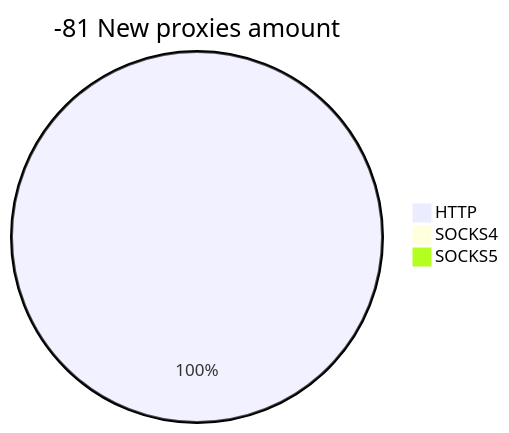
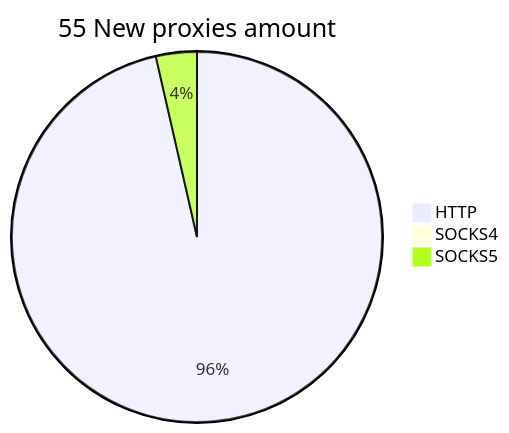
One commit to cutipu/proxylist changed the second of 2 diagrams in README.md. Above: the diagram before and after it, drawn with Mermaid. The commit also changed other lines of this file, not shown here.

````diff
--- a/README.md
+++ b/README.md
@@ -10,6 +10,6 @@
 ```mermaid
-pie title -81 New proxies amount
-    "HTTP" : 35
+pie title 55 New proxies amount
+    "HTTP" : 54
     "SOCKS4" : 0
-    "SOCKS5" : 0
+    "SOCKS5" : 2
 ```
````
